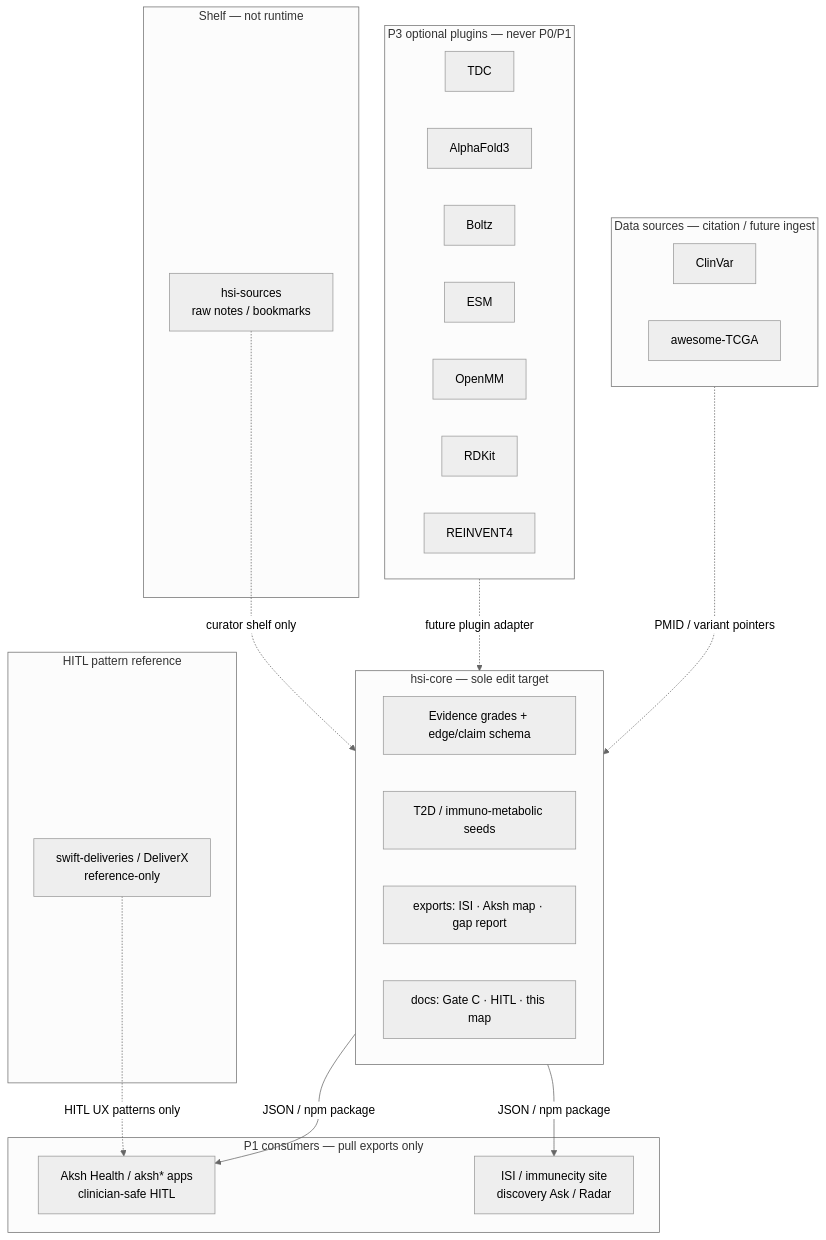
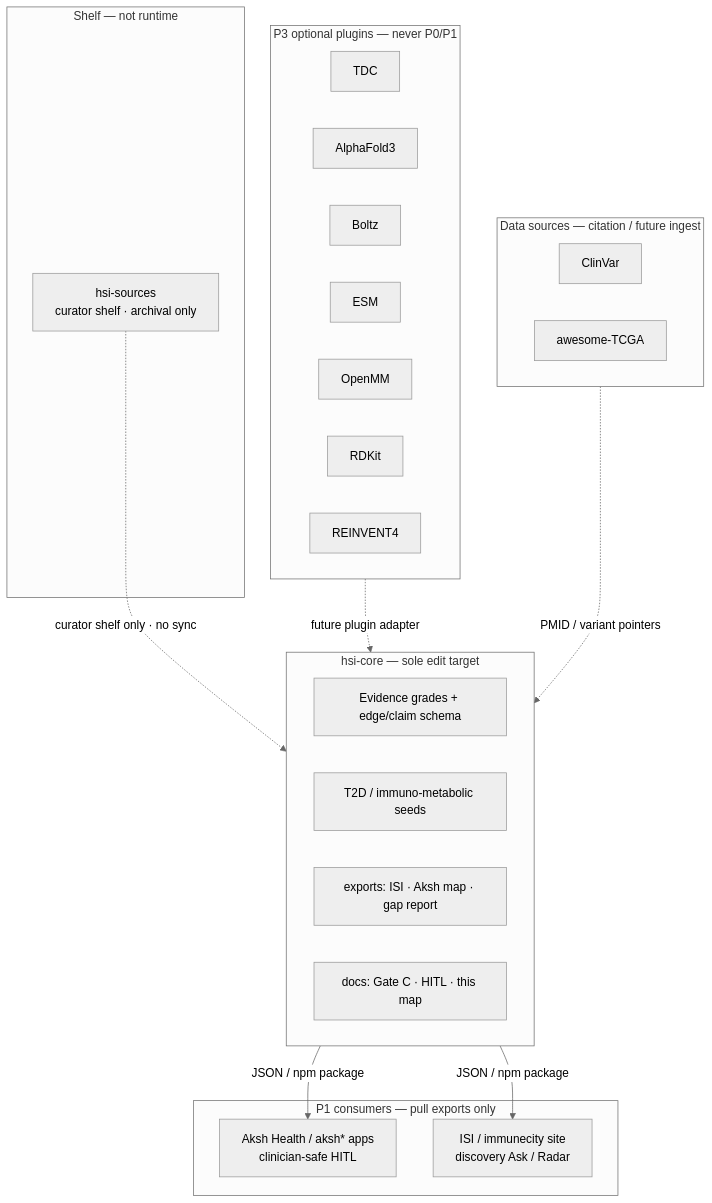
One commit to gnaneshwer23/hsi-core changed the diagram in docs/VISION_REPO_ALIGNMENT.md. Above: the diagram before and after it, drawn with Mermaid (neutral theme). The commit also changed other lines of this file and 6 other files, not shown here.

First line of the commit message:
Mark DeliverX / swift-deliveries as out of scope for HSI.

````diff
--- a/docs/VISION_REPO_ALIGNMENT.md
+++ b/docs/VISION_REPO_ALIGNMENT.md
@@ -34,44 +35,39 @@
 ```mermaid
 flowchart TB
   subgraph hub["hsi-core — sole edit target"]
     SCH[Evidence grades + edge/claim schema]
     SEED[T2D / immuno-metabolic seeds]
     EXP[exports: ISI · Aksh map · gap report]
     DOC[docs: Gate C · HITL · this map]
   end
 
   subgraph consumers["P1 consumers — pull exports only"]
     AKSH[Aksh Health / aksh* apps<br/>clinician-safe HITL]
     ISI[ISI / immunecity site<br/>discovery Ask / Radar]
   end
 
   subgraph shelf["Shelf — not runtime"]
-    SRC[hsi-sources<br/>raw notes / bookmarks]
-  end
-
-  subgraph hitl_ref["HITL pattern reference"]
-    DX[swift-deliveries / DeliverX<br/>reference-only]
+    SRC[hsi-sources<br/>curator shelf · archival only]
   end
 
   subgraph p3["P3 optional plugins — never P0/P1"]
     TDC[TDC]
     AF3[AlphaFold3]
     BOLTZ[Boltz]
     ESM[ESM]
     OMM[OpenMM]
     RDK[RDKit]
     REI[REINVENT4]
   end
 
   subgraph data["Data sources — citation / future ingest"]
     CV[ClinVar]
     TCGA[awesome-TCGA]
   end
 
   hub -->|JSON / npm package| AKSH
   hub -->|JSON / npm package| ISI
-  SRC -.->|curator shelf only| hub
-  DX -.->|HITL UX patterns only| AKSH
+  SRC -.->|curator shelf only · no sync| hub
   p3 -.->|future plugin adapter| hub
   data -.->|PMID / variant pointers| hub
 ```
````
